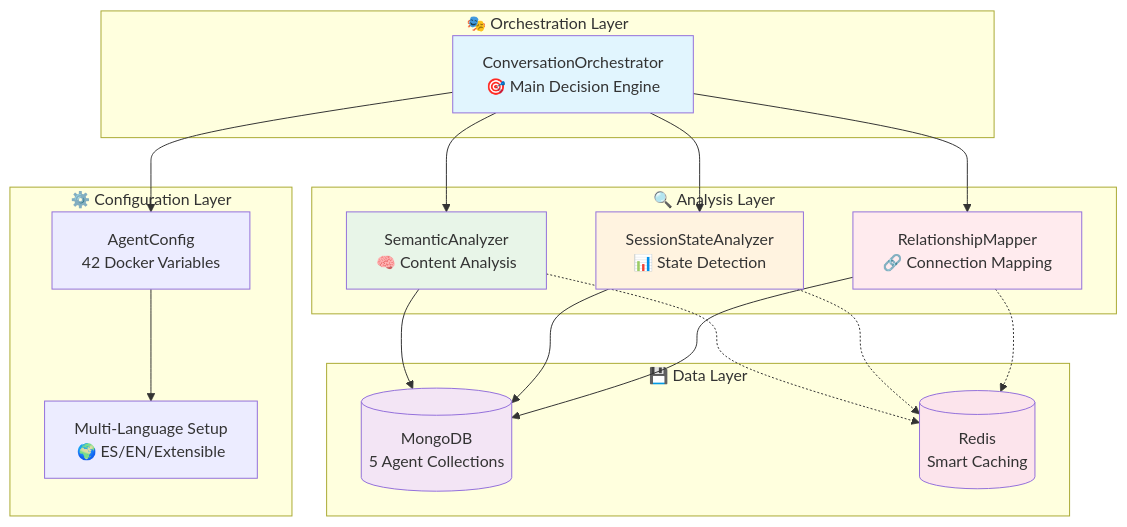
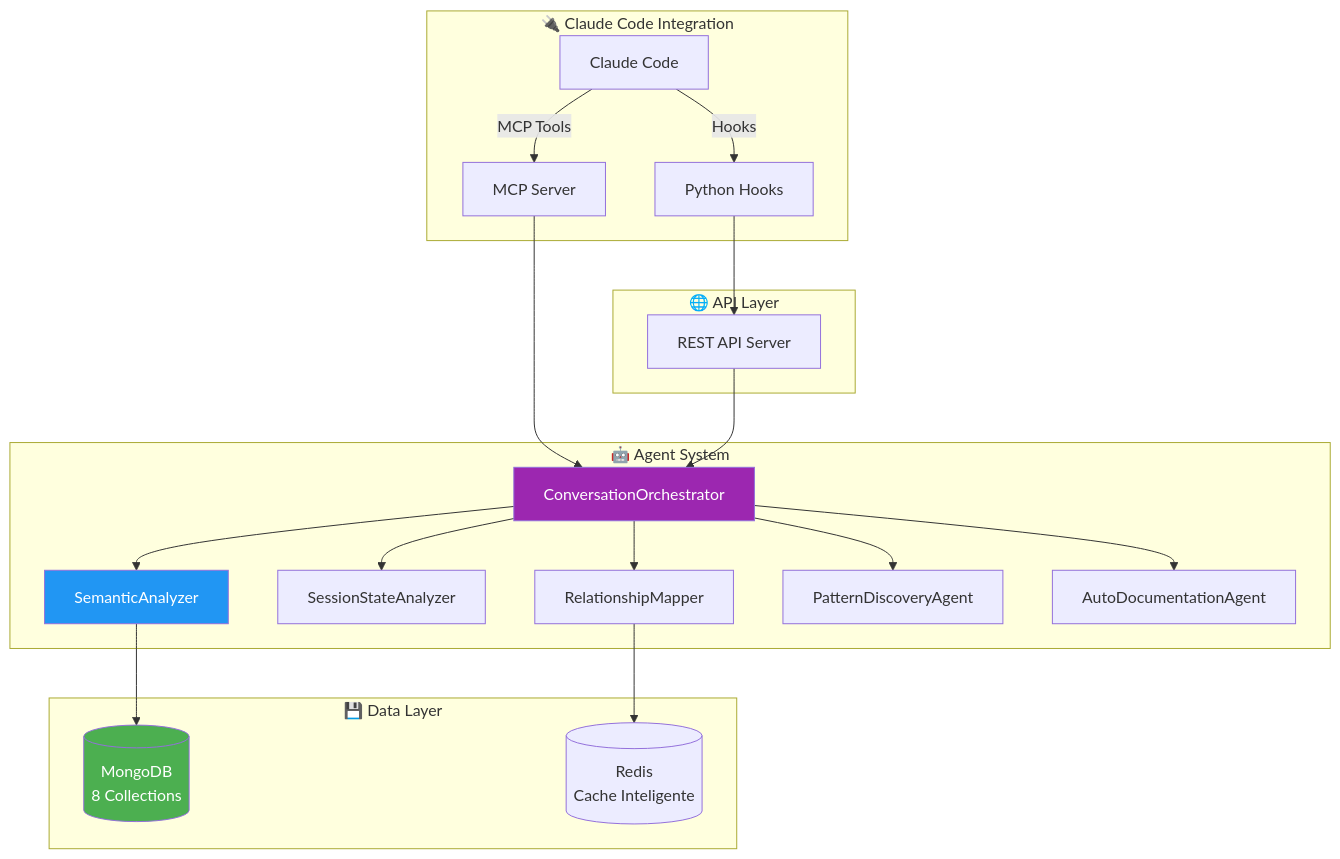
Before and after one commit to LucianoRicardo737/claude-conversation-logger: the first of 2 diagrams in README.md, drawn with Mermaid. The commit also changed other lines of this file, not shown here.

````diff
--- a/README.md
+++ b/README.md
@@ -61,44 +280,30 @@
 ```mermaid
 graph TB
-    subgraph "🎭 Orchestration Layer"
-        CO[ConversationOrchestrator<br/>🎯 Main Decision Engine]
+    subgraph "🔌 Claude Code Integration"
+        CC[Claude Code] -->|MCP Tools| MCP[MCP Server]
+        CC -->|Hooks| HOOK[Python Hooks]
     end
     
-    subgraph "🔍 Analysis Layer"
-        SA[SemanticAnalyzer<br/>🧠 Content Analysis]
-        SSA[SessionStateAnalyzer<br/>📊 State Detection]
-        RM[RelationshipMapper<br/>🔗 Connection Mapping]
+    subgraph "🤖 Agent System"
+        MCP --> CO[ConversationOrchestrator]
+        CO --> SA[SemanticAnalyzer]
+        CO --> SSA[SessionStateAnalyzer] 
+        CO --> RM[RelationshipMapper]
+        CO --> PD[PatternDiscoveryAgent]
+        CO --> AD[AutoDocumentationAgent]
     end
     
     subgraph "💾 Data Layer"
-        MONGO[(MongoDB<br/>5 Agent Collections)]
-        REDIS[(Redis<br/>Smart Caching)]
+        SA --> MONGO[(MongoDB<br/>8 Collections)]
+        RM --> REDIS[(Redis<br/>Cache Inteligente)]
     end
     
-    subgraph "⚙️ Configuration Layer"
-        AC[AgentConfig<br/>42 Docker Variables]
-        ENV[Multi-Language Setup<br/>🌍 ES/EN/Extensible]
+    subgraph "🌐 API Layer"
+        HOOK --> API[REST API Server]
+        API --> CO
     end
     
-    CO --> SA
-    CO --> SSA  
-    CO --> RM
-    
-    SA -.-> REDIS
-    SSA -.-> REDIS
-    RM -.-> REDIS
-    
-    SA --> MONGO
-    SSA --> MONGO
-    RM --> MONGO
-    
-    CO --> AC
-    AC --> ENV
-    
-    style CO fill:#e1f5fe
-    style SA fill:#e8f5e8
-    style SSA fill:#fff3e0
-    style RM fill:#ffebee
-    style MONGO fill:#f3e5f5
-    style REDIS fill:#fce4ec
+    style CO fill:#9c27b0,color:#fff
+    style SA fill:#2196f3,color:#fff
+    style MONGO fill:#4caf50,color:#fff
 ```
````
